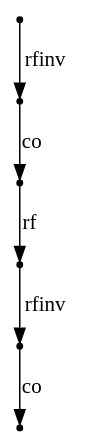
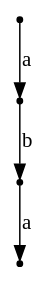
The diagram in output/counterexample.dot (jangreen/rat), drawn with Graphviz before and after one commit. The commit also changed 16 other files, not shown here.

```diff
--- a/output/counterexample.dot
+++ b/output/counterexample.dot
@@ -1,7 +1,5 @@
 digraph { node[shape="point"]
-N29 -> N32[label = "rfinv"];
-N32 -> N1[label = "co"];
-N23 -> N29[label = "rf"];
-N20 -> N23[label = "co"];
-N0 -> N20[label = "rfinv"];
+N3 -> N11[label = "b"];
+N11 -> N1[label = "a"];
+N0 -> N3[label = "a"];
 }
```
